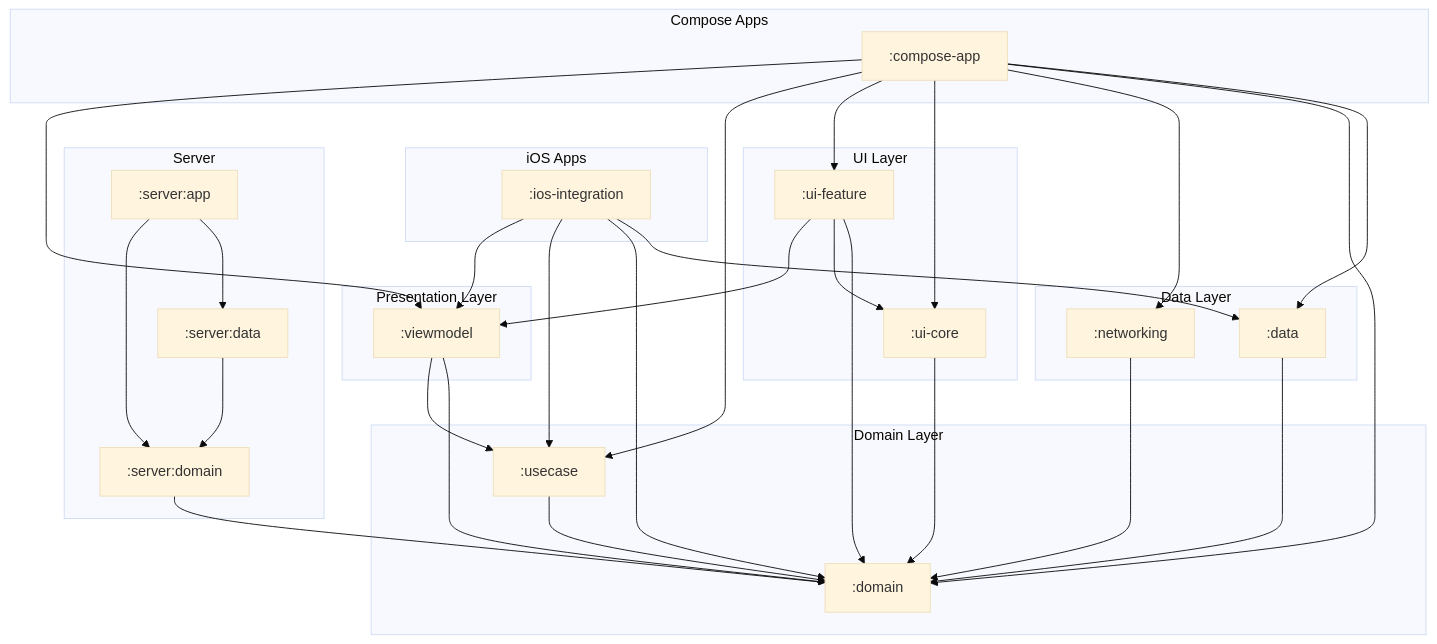
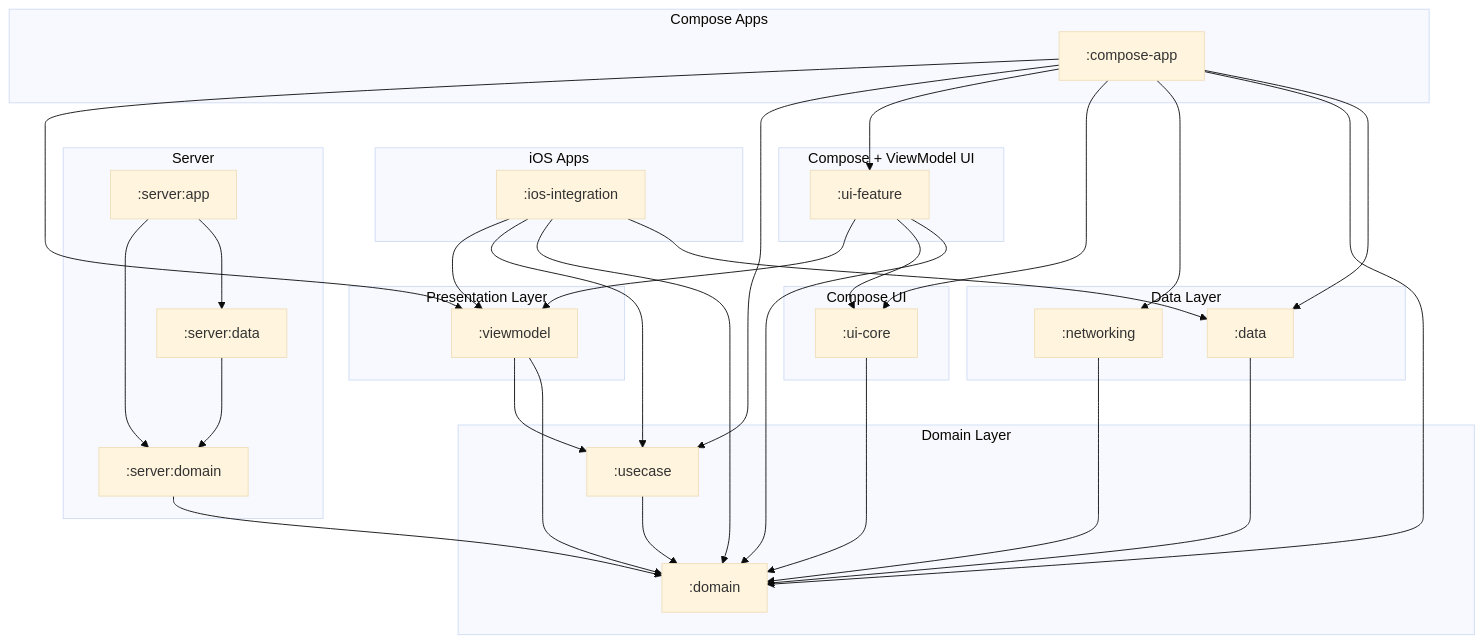
Before and after one commit to cartland/battery-butler: the diagram in docs/diagrams/kotlin_module_structure.mmd, drawn with Mermaid (base theme). The commit also changed 3 other files, not shown here.

Commit message:
Docs: Update generated architecture diagrams

```diff
--- a/docs/diagrams/kotlin_module_structure.mmd
+++ b/docs/diagrams/kotlin_module_structure.mmd
@@ -1,69 +1,72 @@
 graph TD
     subgraph "iOS Apps"
         IosIntegration[":ios-integration"]
     end
 
     subgraph "Compose Apps"
         ComposeApp[":compose-app"]
     end
 
     subgraph "Server"
         ServerApp[":server:app"]
         ServerData[":server:data"]
         ServerDomain[":server:domain"]
     end
 
-    subgraph "UI Layer"
+    subgraph "Compose UI"
         UICore[":ui-core"]
+    end
+
+    subgraph "Compose + ViewModel UI"
         UIFeature[":ui-feature"]
     end
 
     subgraph "Presentation Layer"
         ViewModel[":viewmodel"]
     end
 
     subgraph "Domain Layer"
         Domain[":domain"]
         UseCase[":usecase"]
     end
 
     subgraph "Data Layer"
         Data[":data"]
         Networking[":networking"]
     end
 
     %% Dependencies
     ComposeApp --> Data
     ComposeApp --> Domain
     ComposeApp --> Networking
     ComposeApp --> UICore
     ComposeApp --> UIFeature
     ComposeApp --> UseCase
     ComposeApp --> ViewModel
 
     Data --> Domain
 
     IosIntegration --> Data
     IosIntegration --> Domain
     IosIntegration --> UseCase
     IosIntegration --> ViewModel
 
     Networking --> Domain
 
     ServerApp --> ServerData
     ServerApp --> ServerDomain
 
     ServerData --> ServerDomain
 
     ServerDomain --> Domain
 
     UICore --> Domain
 
     UIFeature --> Domain
     UIFeature --> UICore
     UIFeature --> ViewModel
 
     UseCase --> Domain
 
     ViewModel --> Domain
     ViewModel --> UseCase
```
